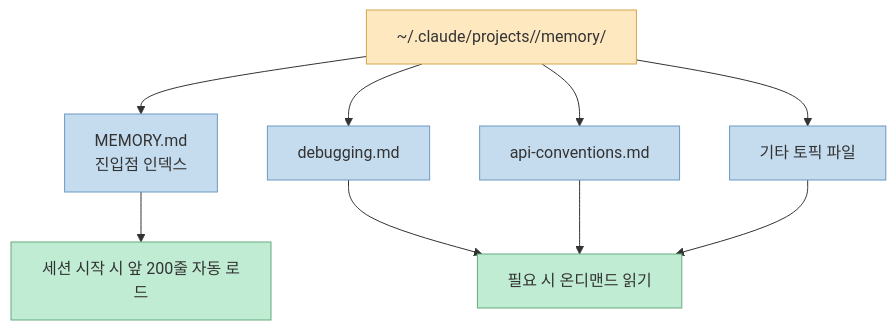
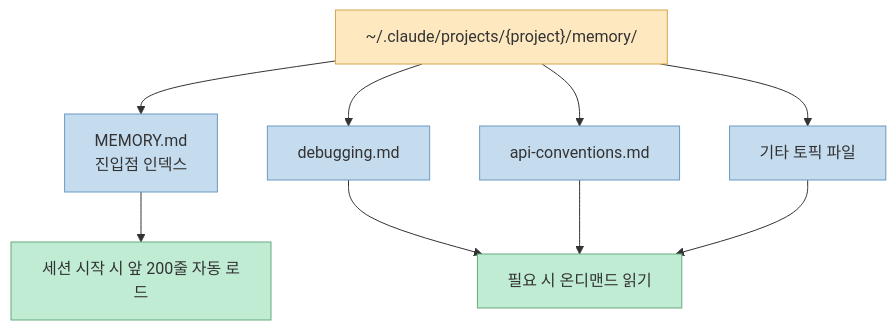
The fourth of 5 diagrams in content/post/2026/2026-03-10-claude-code-memory-guide.md (gyuha/blog), drawn with Mermaid before and after one commit.

Commit message:
update blog source

````diff
--- a/content/post/2026/2026-03-10-claude-code-memory-guide.md
+++ b/content/post/2026/2026-03-10-claude-code-memory-guide.md
@@ -139,18 +139,18 @@
 ```mermaid
 flowchart TD
-    A["~/.claude/projects/<project>/memory/"] --> B["MEMORY.md<br>진입점 인덱스"]
+    A["~/.claude/projects/{project}/memory/"] --> B["MEMORY.md<br>진입점 인덱스"]
     A --> C["debugging.md"]
     A --> D["api-conventions.md"]
     A --> E["기타 토픽 파일"]
     B --> F["세션 시작 시 앞 200줄 자동 로드"]
     C --> G["필요 시 온디맨드 읽기"]
     D --> G
     E --> G
 
     classDef storage fill:#fde8c0,stroke:#d4a64a,color:#333
     classDef files fill:#c5dcef,stroke:#6b9ac4,color:#333
     classDef runtime fill:#c0ecd3,stroke:#67a97c,color:#333
     class A storage
     class B,C,D,E files
     class F,G runtime
 ```
````
